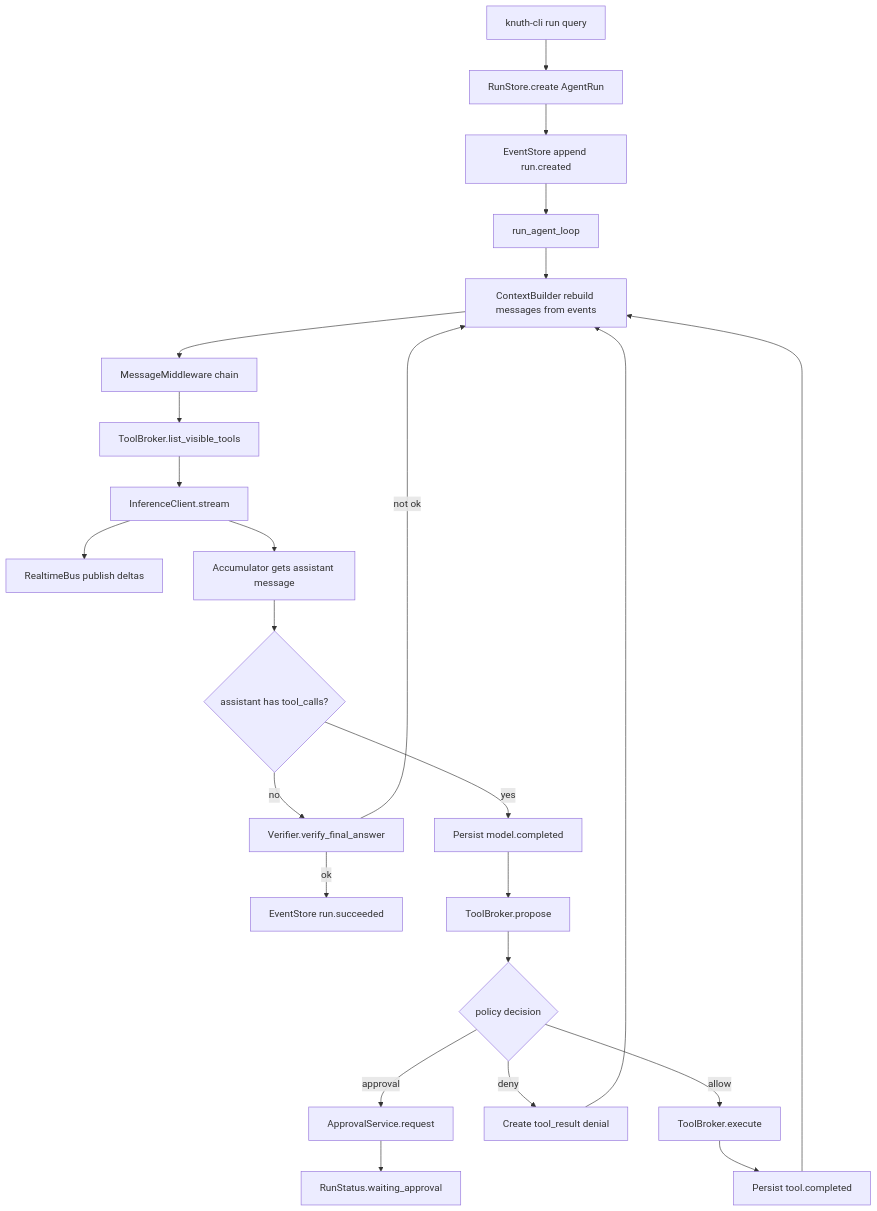
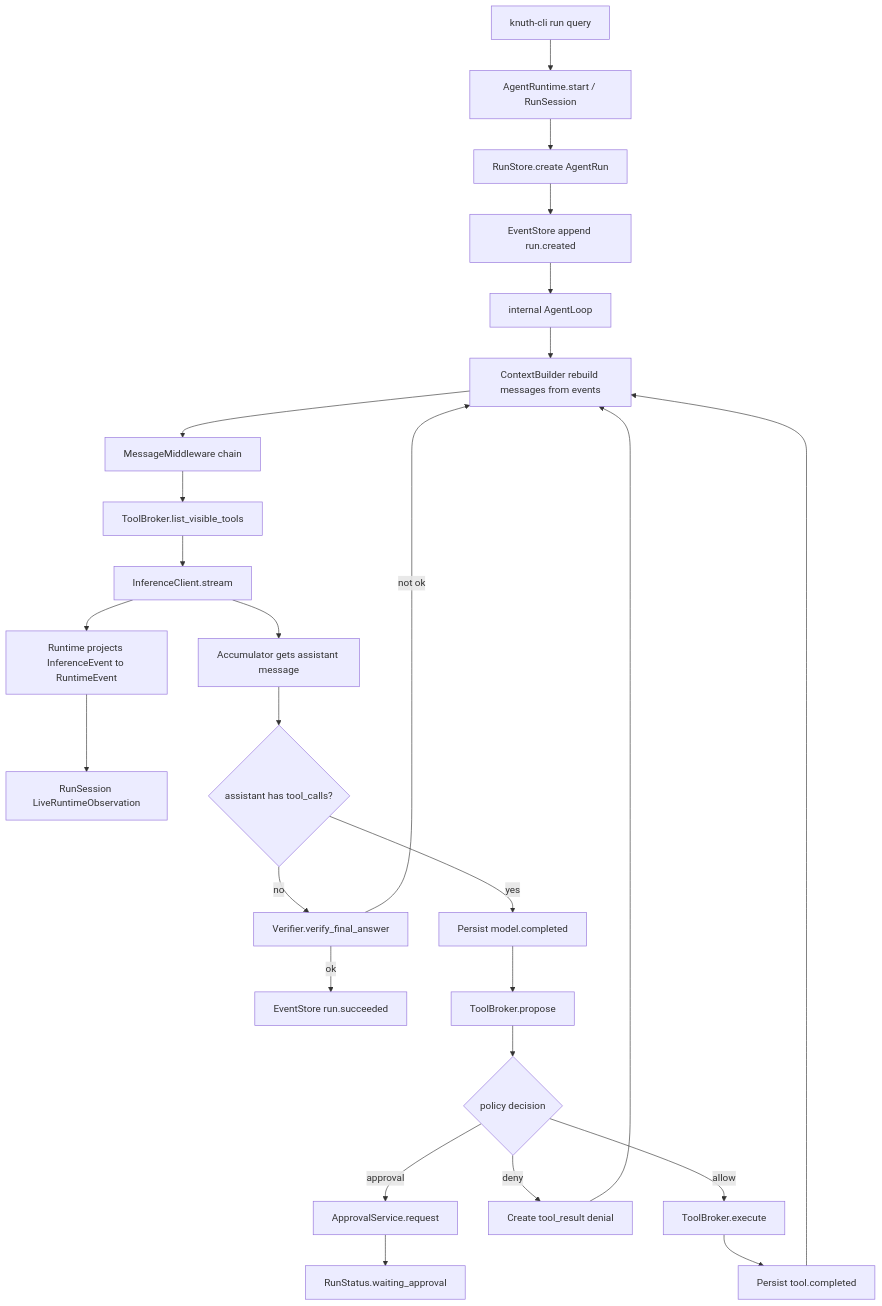
The second of 2 diagrams in docs/knuth v0 方案.md (sonald/knuth), drawn with Mermaid before and after one commit. The commit also changed other lines of this file, not shown here.

Commit message:
同步 knuth v0 方案与 ADR

````diff
--- a/docs/knuth v0 方案.md
+++ b/docs/knuth v0 方案.md
@@ -2106,34 +1047,36 @@
 ```mermaid
 flowchart TD
-    A[knuth-cli run query] --> B[RunStore.create AgentRun]
-    B --> C[EventStore append run.created]
-    C --> D[run_agent_loop]
+    A[knuth-cli run query] --> B[AgentRuntime.start / RunSession]
+    B --> B2[RunStore.create AgentRun]
+    B2 --> C[EventStore append run.created]
+    C --> D[internal AgentLoop]
 
     D --> E[ContextBuilder rebuild messages from events]
     E --> F[MessageMiddleware chain]
     F --> G[ToolBroker.list_visible_tools]
     G --> H[InferenceClient.stream]
 
-    H --> I[RealtimeBus publish deltas]
+    H --> I[Runtime projects InferenceEvent to RuntimeEvent]
+    I --> I2[RunSession LiveRuntimeObservation]
     H --> J[Accumulator gets assistant message]
 
     J --> K{assistant has tool_calls?}
 
     K -->|no| L[Verifier.verify_final_answer]
     L -->|ok| M[EventStore run.succeeded]
     L -->|not ok| E
 
     K -->|yes| N[Persist model.completed]
     N --> O[ToolBroker.propose]
     O --> P{policy decision}
 
     P -->|approval| Q[ApprovalService.request]
     Q --> R[RunStatus.waiting_approval]
 
     P -->|deny| S[Create tool_result denial]
     S --> E
 
     P -->|allow| T[ToolBroker.execute]
     T --> U[Persist tool.completed]
     U --> E
 ```
````
